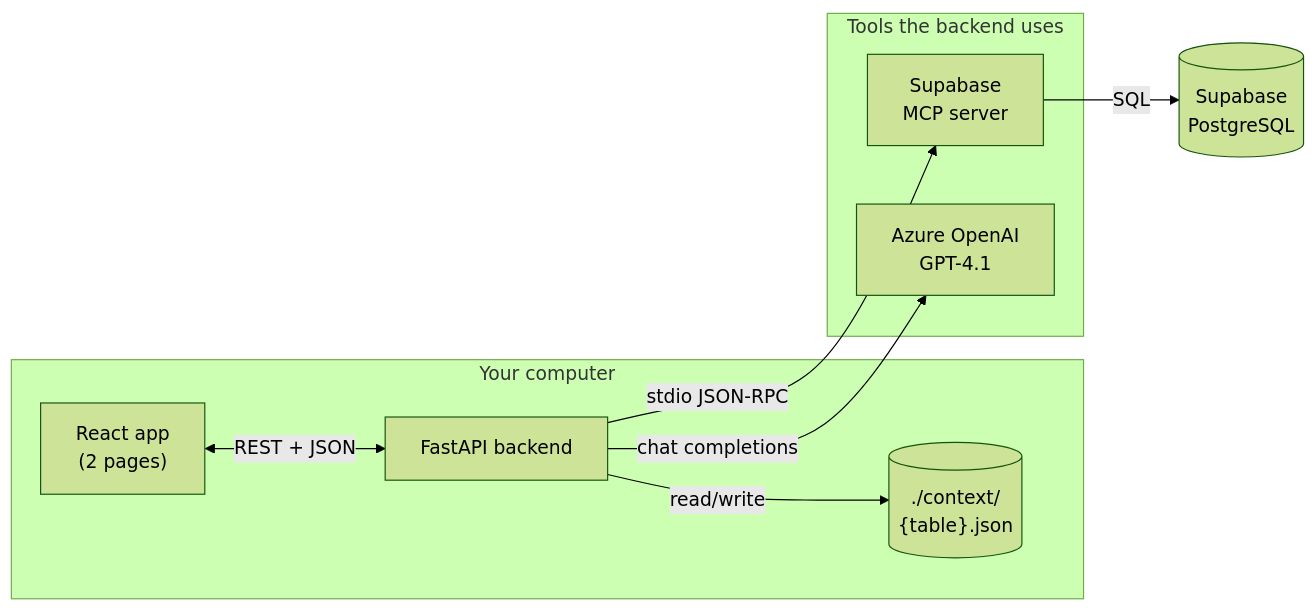
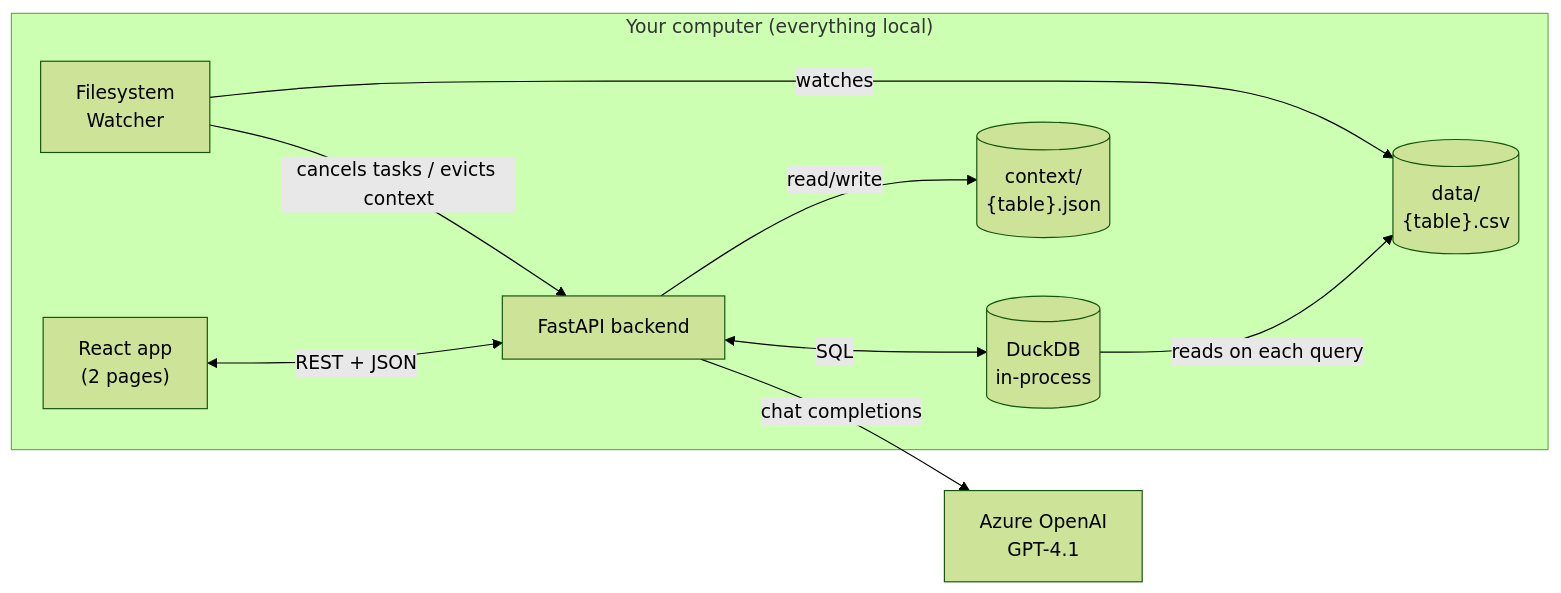
The first of 6 diagrams in README.md (devangsharma-igna/csv-agent), drawn with Mermaid (forest theme) before and after one commit. The commit also changed other lines of this file, not shown here.

````diff
--- a/README.md
+++ b/README.md
@@ -35,21 +19,21 @@
 ```mermaid
 flowchart LR
-    subgraph "Your computer"
-        FE["React app<br/>(2 pages)"]
+    subgraph "Your computer (everything local)"
+        FE["React app\n(2 pages)"]
         BE["FastAPI backend"]
-        Ctx[("./context/<br/>{table}.json")]
+        DDB[("DuckDB\nin-process")]
+        CSVs[("data/\n{table}.csv")]
+        Ctx[("context/\n{table}.json")]
+        W["Filesystem\nWatcher"]
+
         FE <-->|REST + JSON| BE
+        BE <-->|SQL| DDB
+        DDB -->|reads on each query| CSVs
         BE -->|read/write| Ctx
+        W -->|watches| CSVs
+        W -->|cancels tasks / evicts context| BE
     end
 
-    subgraph "Tools the backend uses"
-        MCP["Supabase<br/>MCP server"]
-        LLM["Azure OpenAI<br/>GPT-4.1"]
-    end
-
-    DB[("Supabase<br/>PostgreSQL")]
-
-    BE -->|stdio JSON-RPC| MCP
-    MCP -->|SQL| DB
+    LLM["Azure OpenAI\nGPT-4.1"]
     BE -->|chat completions| LLM
 ```
````
